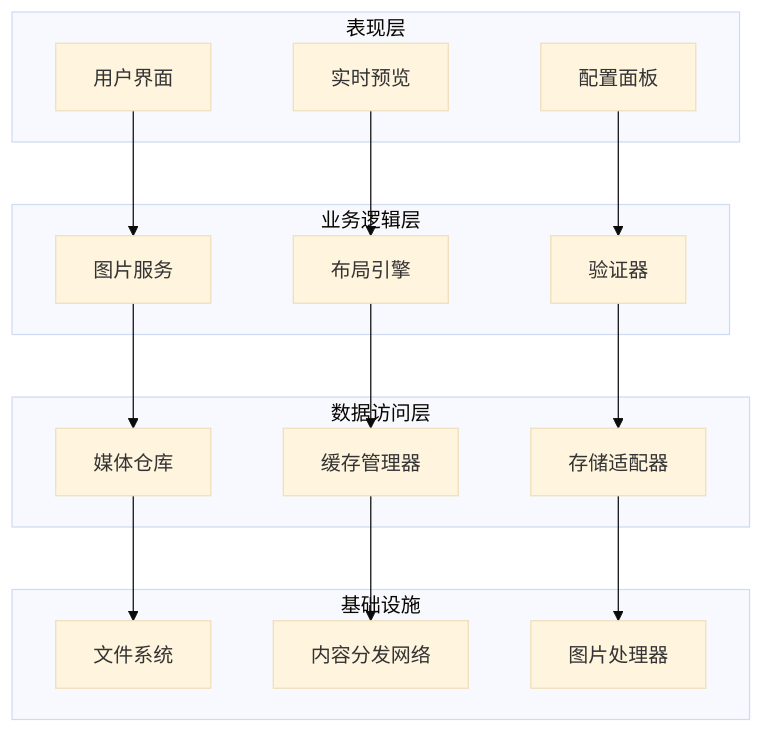
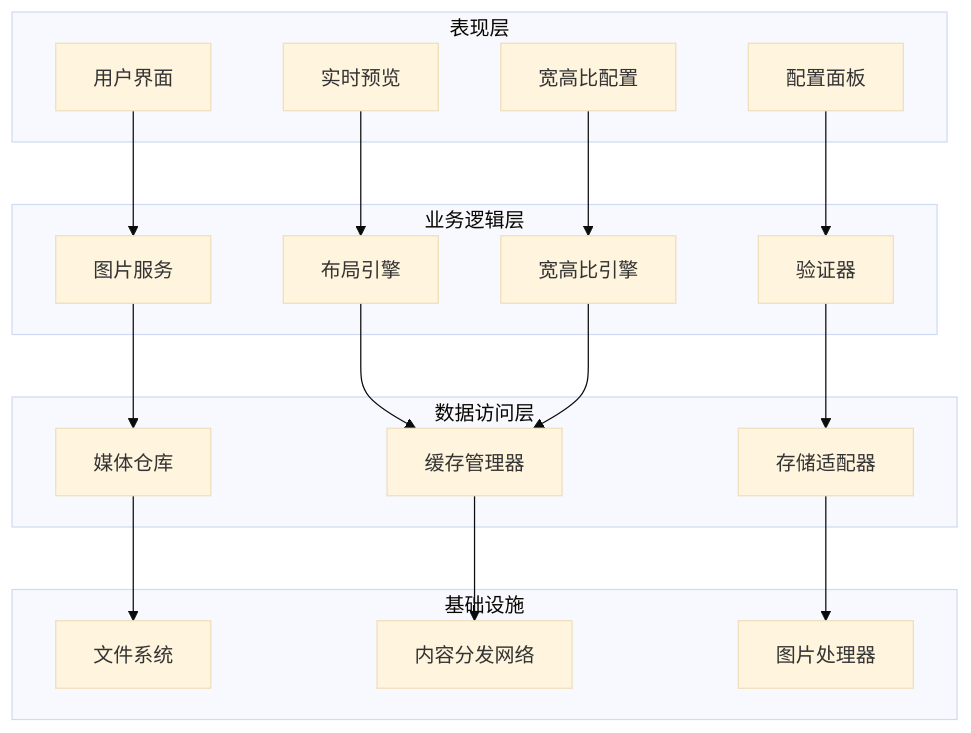
The second of 10 diagrams in .qoder/repowiki/zh/content/前端组件系统/组件库系统/图片展示组件.md (wyg5208/website_diy), drawn with Mermaid (base theme) before and after one commit. The commit also changed other lines of this file and 109 other files, not shown here.

````diff
--- a/.qoder/repowiki/zh/content/前端组件系统/组件库系统/图片展示组件.md
+++ b/.qoder/repowiki/zh/content/前端组件系统/组件库系统/图片展示组件.md
@@ -95,32 +114,36 @@
 ```mermaid
 graph TB
 subgraph "表现层"
 UI[用户界面]
 Preview[实时预览]
 Config[配置面板]
+AspectRatioConfig[宽高比配置]
 end
 subgraph "业务逻辑层"
 ImageService[图片服务]
 LayoutEngine[布局引擎]
 Validation[验证器]
+AspectRatioEngine[宽高比引擎]
 end
 subgraph "数据访问层"
 MediaRepository[媒体仓库]
 CacheManager[缓存管理器]
 StorageAdapter[存储适配器]
 end
 subgraph "基础设施"
 FileSystem[文件系统]
 CDN[内容分发网络]
 ImageProcessor[图片处理器]
 end
 UI --> ImageService
 Preview --> LayoutEngine
 Config --> Validation
+AspectRatioConfig --> AspectRatioEngine
 ImageService --> MediaRepository
 LayoutEngine --> CacheManager
 Validation --> StorageAdapter
+AspectRatioEngine --> CacheManager
 MediaRepository --> FileSystem
 CacheManager --> CDN
 StorageAdapter --> ImageProcessor
 ```
````
